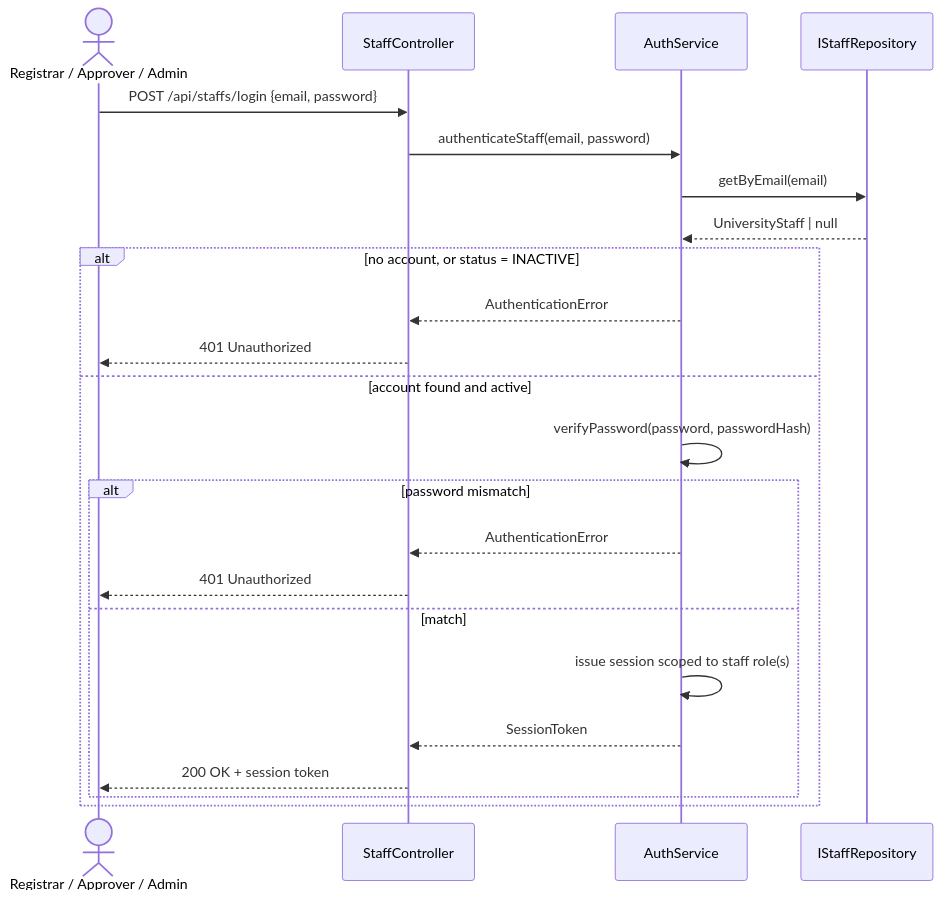
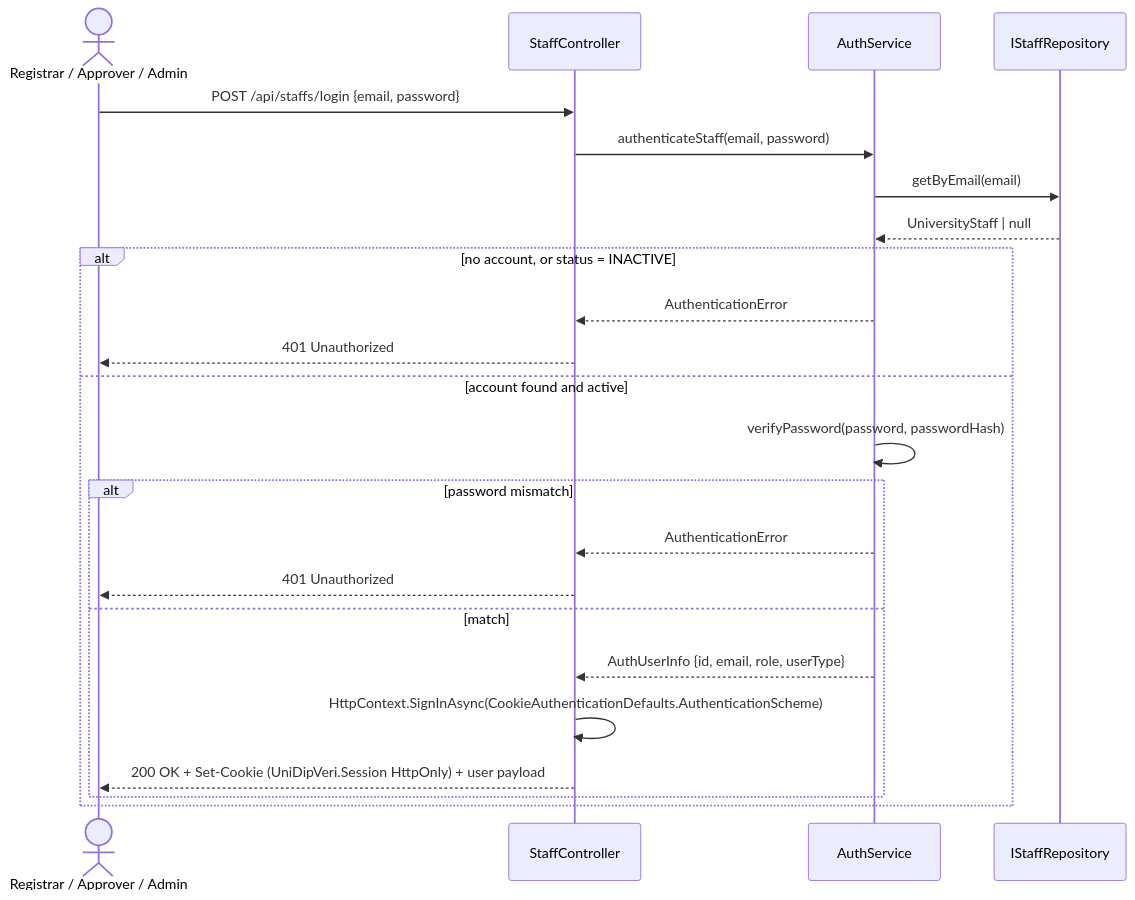
The first of 16 diagrams in docs/03-design/Sequence_Diagram.md (huypengin/UniDipVeri), drawn with Mermaid before and after one commit. The commit also changed other lines of this file and 18 other files, not shown here.

First line of the commit message:
refactor(auth): switch session management from JWT bearer to HttpOnly cookie authentication

````diff
--- a/docs/03-design/Sequence_Diagram.md
+++ b/docs/03-design/Sequence_Diagram.md
@@ -22,27 +22,27 @@
 ```mermaid
 sequenceDiagram
     actor Staff as Registrar / Approver / Admin
     participant SC as StaffController
     participant Auth as AuthService
     participant Repo as IStaffRepository
 
     Staff->>SC: POST /api/staffs/login {email, password}
     SC->>Auth: authenticateStaff(email, password)
     Auth->>Repo: getByEmail(email)
     Repo-->>Auth: UniversityStaff | null
 
     alt no account, or status = INACTIVE
         Auth-->>SC: AuthenticationError
         SC-->>Staff: 401 Unauthorized
     else account found and active
         Auth->>Auth: verifyPassword(password, passwordHash)
         alt password mismatch
             Auth-->>SC: AuthenticationError
             SC-->>Staff: 401 Unauthorized
         else match
-            Auth->>Auth: issue session scoped to staff role(s)
-            Auth-->>SC: SessionToken
-            SC-->>Staff: 200 OK + session token
+            Auth-->>SC: AuthUserInfo {id, email, role, userType}
+            SC->>SC: HttpContext.SignInAsync(CookieAuthenticationDefaults.AuthenticationScheme)
+            SC-->>Staff: 200 OK + Set-Cookie (UniDipVeri.Session HttpOnly) + user payload
         end
     end
 ```
````
